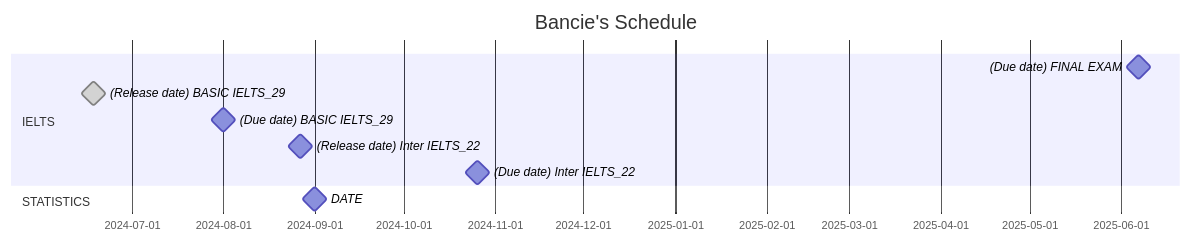
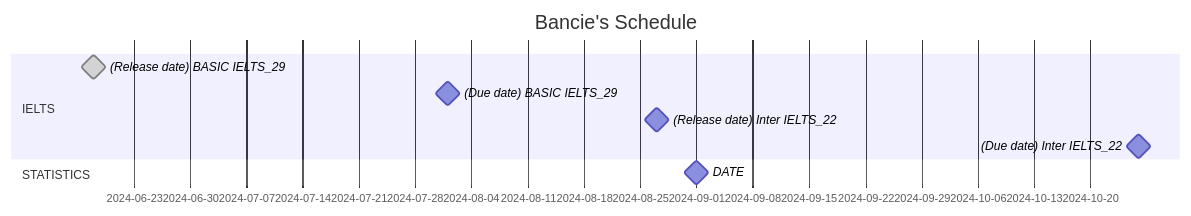
The diagram in README.md (S-ROLL/notebook.maths), drawn with Mermaid before and after one commit.

````diff
--- a/README.md
+++ b/README.md
@@ -2,24 +2,24 @@
 ```mermaid
 gantt
     title Bancie's Schedule
     dateFormat DD-MM-YY
     section IELTS
-        (Due date) FINAL EXAM: milestone, 06-07-2025, 0d
+        %(Due date) FINAL EXAM: milestone, 06-07-2025, 0d
 
         %---BASIC IELTS_29---
         (Release date) BASIC IELTS_29: done, milestone, 18-06-24, 0d
         (Due date) BASIC IELTS_29: milestone, 01-08-24, 0d
 
         %---PRONOUNCIATION---
-        
+
 
         %---Inter IELTS_22---
         (Release date) Inter IELTS_22: milestone, 27-08-24, 0d
         (Due date) Inter IELTS_22: milestone, 26-10-24, 0d
 
     section STATISTICS
         DATE: milestone, 01-09-24, 0d
 
     section PYTHON
     section MACHINE LEARNING
 ```
````
